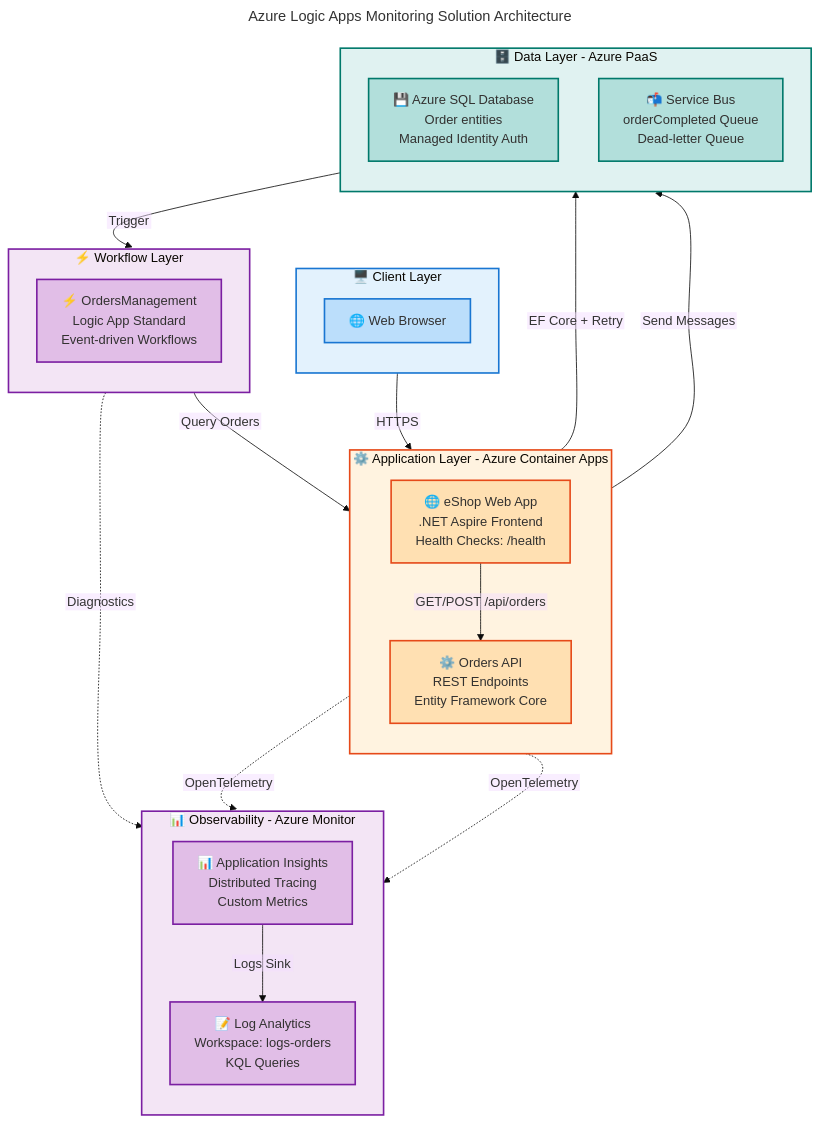
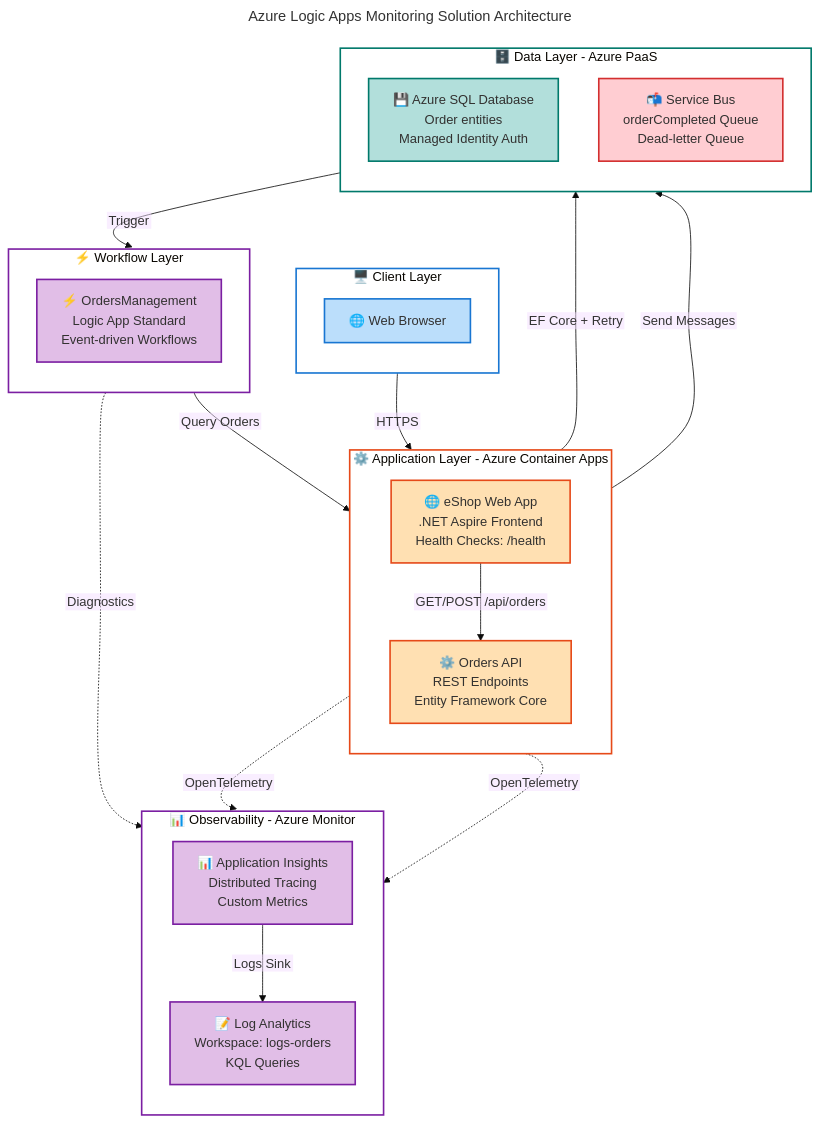
One commit to Evilazaro/Azure-LogicApps-Monitoring changed the diagram in README.md. Above: the diagram before and after it, drawn with Mermaid.

Commit message:
docs: update flowchart color scheme and styling for improved clarity and accessibility

````diff
--- a/README.md
+++ b/README.md
@@ -104,13 +104,13 @@
 
     %% ============================================
     %% AZURE / FLUENT ARCHITECTURE PATTERN v1.1 (Semantic + Font Governance)
-    %% Color Scheme: Functional layer semantic colors (100-level for nodes)
-    %% - Client Layer = Blue (#BBDEFB) → API/Info
-    %% - Application Layer = Orange (#FFE0B2) → Process/Service
-    %% - Workflow Layer = Purple (#E1BEE7) → Orchestration
-    %% - Data Layer = Teal (#B2DFDB) → Storage/Messaging
-    %% - Observability = Purple (#E1BEE7) → Monitoring
-    %% Subgraph fills use 50-level from same color family for visual hierarchy
+    %% Color Scheme: Semantic colors based on component function (100-level for nodes)
+    %% - Client/UI = Blue (#BBDEFB) → User interaction
+    %% - Application Services = Orange (#FFE0B2) → Business logic
+    %% - Workflow/Orchestration = Purple (#E1BEE7) → Event-driven processes
+    %% - Data/Storage = Teal (#B2DFDB) → Persistence and messaging
+    %% - Observability = Purple (#E1BEE7) → Monitoring and logging
+    %% Subgraph backgrounds = White/neutral for clean visual hierarchy
     %% ============================================
 
     %% Complete classDef palette (14 declarations - MRM-D002 compliant)
@@ -148,7 +148,7 @@
     subgraph dataLayer["🗄️ Data Layer - Azure PaaS"]
         direction TB
         sqlDb["💾 Azure SQL Database<br/>Order entities<br/>Managed Identity Auth"]:::azureTeal
-        serviceBus["📬 Service Bus<br/>orderCompleted Queue<br/>Dead-letter Queue"]:::azureTeal
+        serviceBus["📬 Service Bus<br/>orderCompleted Queue<br/>Dead-letter Queue"]:::azureRed
     end
 
     subgraph observabilityLayer["📊 Observability - Azure Monitor"]
@@ -171,11 +171,12 @@
     appInsights -->|Logs Sink| logAnalytics
 
     %% Subgraph styling (MANDATORY - MRM-S001 - 5 subgraphs = 5 style directives)
-    style clientLayer fill:#E3F2FD,stroke:#1976D2,stroke-width:2px
-    style appLayer fill:#FFF3E0,stroke:#E64A19,stroke-width:2px
-    style workflowLayer fill:#F3E5F5,stroke:#7B1FA2,stroke-width:2px
-    style dataLayer fill:#E0F2F1,stroke:#00796B,stroke-width:2px
-    style observabilityLayer fill:#F3E5F5,stroke:#7B1FA2,stroke-width:2px
+    %% Using white/neutral backgrounds for clean hierarchy - semantic colors on nodes only
+    style clientLayer fill:#FFFFFF,stroke:#1976D2,stroke-width:2px
+    style appLayer fill:#FFFFFF,stroke:#E64A19,stroke-width:2px
+    style workflowLayer fill:#FFFFFF,stroke:#7B1FA2,stroke-width:2px
+    style dataLayer fill:#FFFFFF,stroke:#00796B,stroke-width:2px
+    style observabilityLayer fill:#FFFFFF,stroke:#7B1FA2,stroke-width:2px
 
     %% Accessibility: WCAG AA verified (contrast ratio ≥4.5:1)
 ```
````
